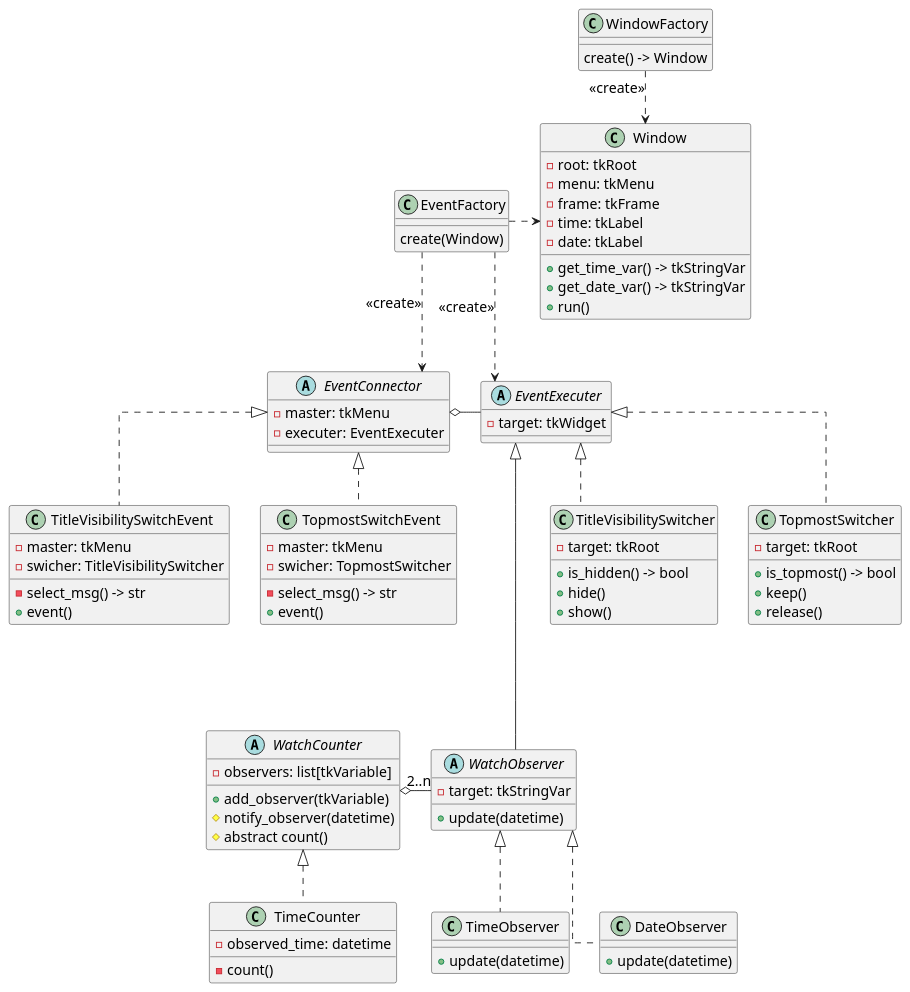
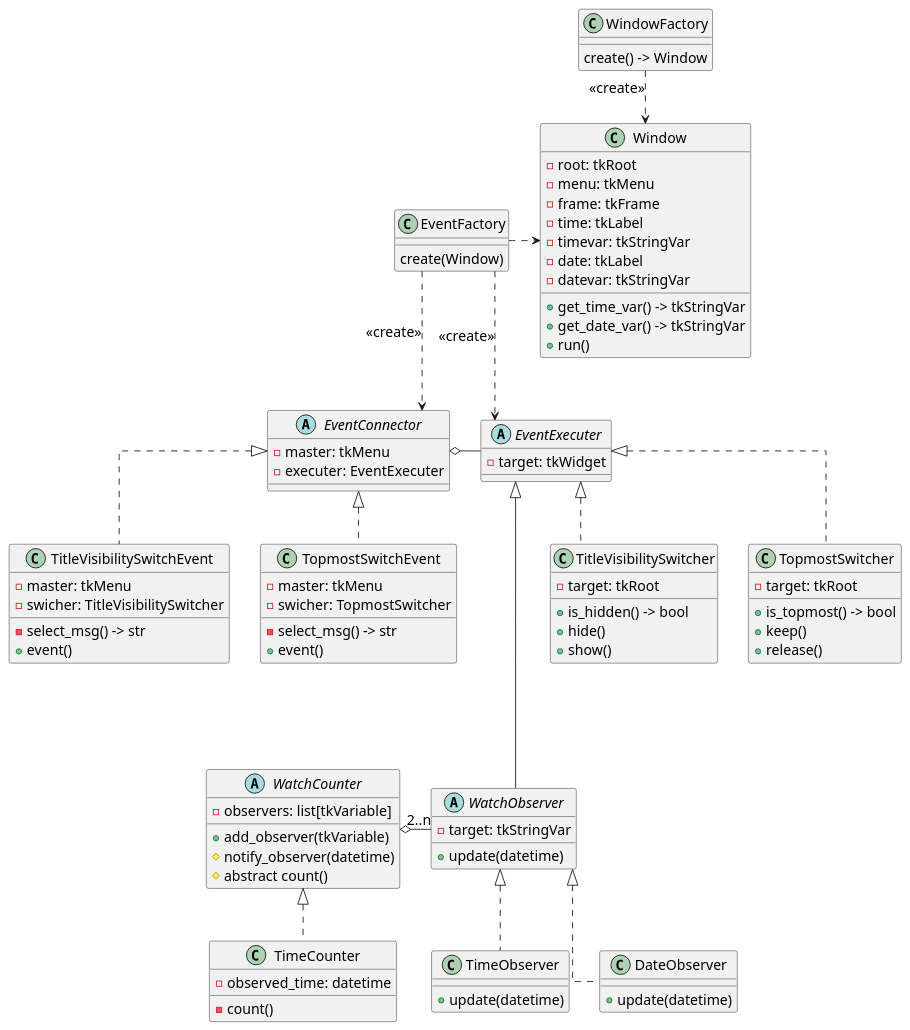
Before and after one commit to TAKE4548/OLW: the diagram in doc/class.puml, drawn with PlantUML. The commit also changed 7 other files, not shown here.

```diff
--- a/doc/class.puml
+++ b/doc/class.puml
@@ -1,95 +1,97 @@
 @startuml Class
 skinparam {
    defaultfontsize 16
    linetype ortho
 }
 class "Window" as w {
     - root: tkRoot
     - menu: tkMenu
     - frame: tkFrame
     - time: tkLabel
+    - timevar: tkStringVar
     - date: tkLabel
+    - datevar: tkStringVar
     + get_time_var() -> tkStringVar
     + get_date_var() -> tkStringVar
     + run()
 }
 class "WindowFactory" as wf {
     create() -> Window
 }
 wf ..> w: <<create>>
 
 class "EventFactory" as ef {
     create(Window)
 }
 ef .r.> w
 abstract class "EventConnector" as ec {
     - master: tkMenu
     - executer: EventExecuter
 }
 abstract class "EventExecuter" as ee {
     - target: tkWidget
 }
 ec o-r- ee
 ef ..> ec: <<create>>
 ef ..> ee: <<create>>
 
 class "TitleVisibilitySwitcher" as tvs {
     - target: tkRoot
     + is_hidden() -> bool
     + hide()
     + show()
 }
 ee <|.. tvs
 
 class "TitleVisibilitySwitchEvent" as tvse {
     - master: tkMenu
     - swicher: TitleVisibilitySwitcher
     - select_msg() -> str
     + event()
 }
 ec <|.. tvse
 
 class "TopmostSwitcher" as tms {
     - target: tkRoot
     + is_topmost() -> bool
     + keep()
     + release()
 }
 ee <|.. tms
 
 class "TopmostSwitchEvent" as tmse {
     - master: tkMenu
     - swicher: TopmostSwitcher
     - select_msg() -> str
     + event()
 }
 ec <|.. tmse
 
 abstract class "WatchObserver" as wo {
     - target: tkStringVar
     + update(datetime)
 }
 ee <|---- wo
 
 class "TimeObserver" as to {
     + update(datetime)
 }
 class "DateObserver" as do {
     + update(datetime)
 }
 wo <|.. to
 wo <|.. do
 
 abstract class "WatchCounter" as wc {
     - observers: list[tkVariable]
     + add_observer(tkVariable)
     # notify_observer(datetime)
     # abstract count()
 }
 class "TimeCounter" as tc {
     - observed_time: datetime
     - count()
 }
 wc <|.. tc
 wo "2..n" -l-o wc
 @enduml
```
